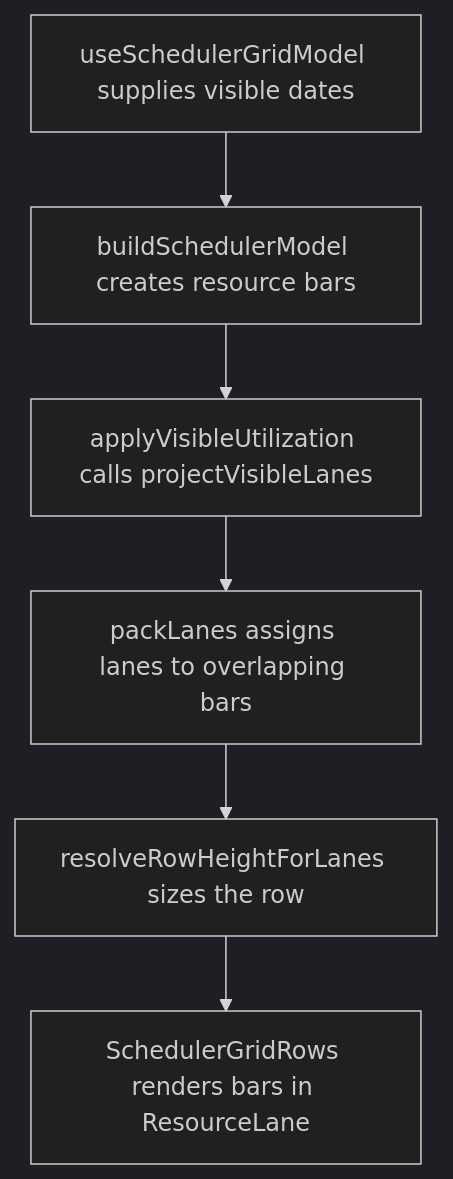
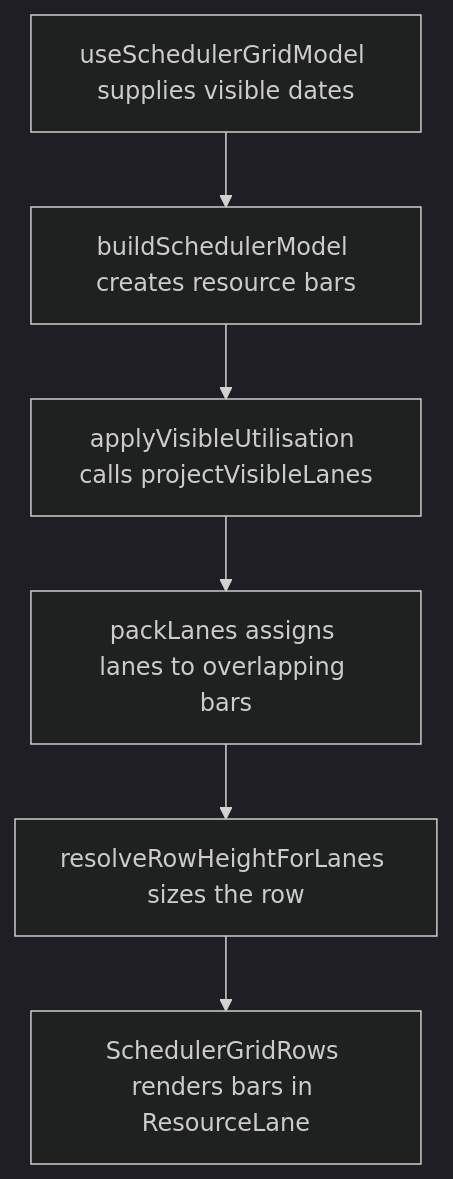
The second of 2 diagrams in user-stories/scheduler/US-SCH-08-lane-stacking.md (Kevinjohn/capacitylens), drawn with Mermaid (dark theme) before and after one commit. The commit also changed 48 other files, not shown here.

````diff
--- a/user-stories/scheduler/US-SCH-08-lane-stacking.md
+++ b/user-stories/scheduler/US-SCH-08-lane-stacking.md
@@ -33,8 +33,8 @@
 ```mermaid
 flowchart TD
   A["useSchedulerGridModel supplies visible dates"] --> B["buildSchedulerModel creates resource bars"]
-  B --> C["applyVisibleUtilization calls projectVisibleLanes"]
+  B --> C["applyVisibleUtilisation calls projectVisibleLanes"]
   C --> D["packLanes assigns lanes to overlapping bars"]
   D --> E["resolveRowHeightForLanes sizes the row"]
   E --> F["SchedulerGridRows renders bars in ResourceLane"]
 ```
````
